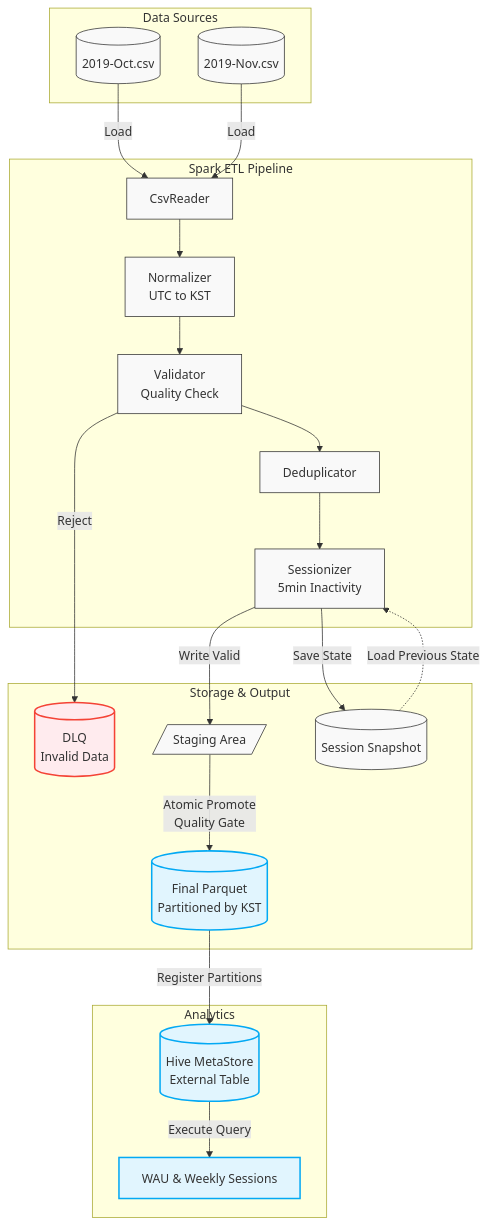
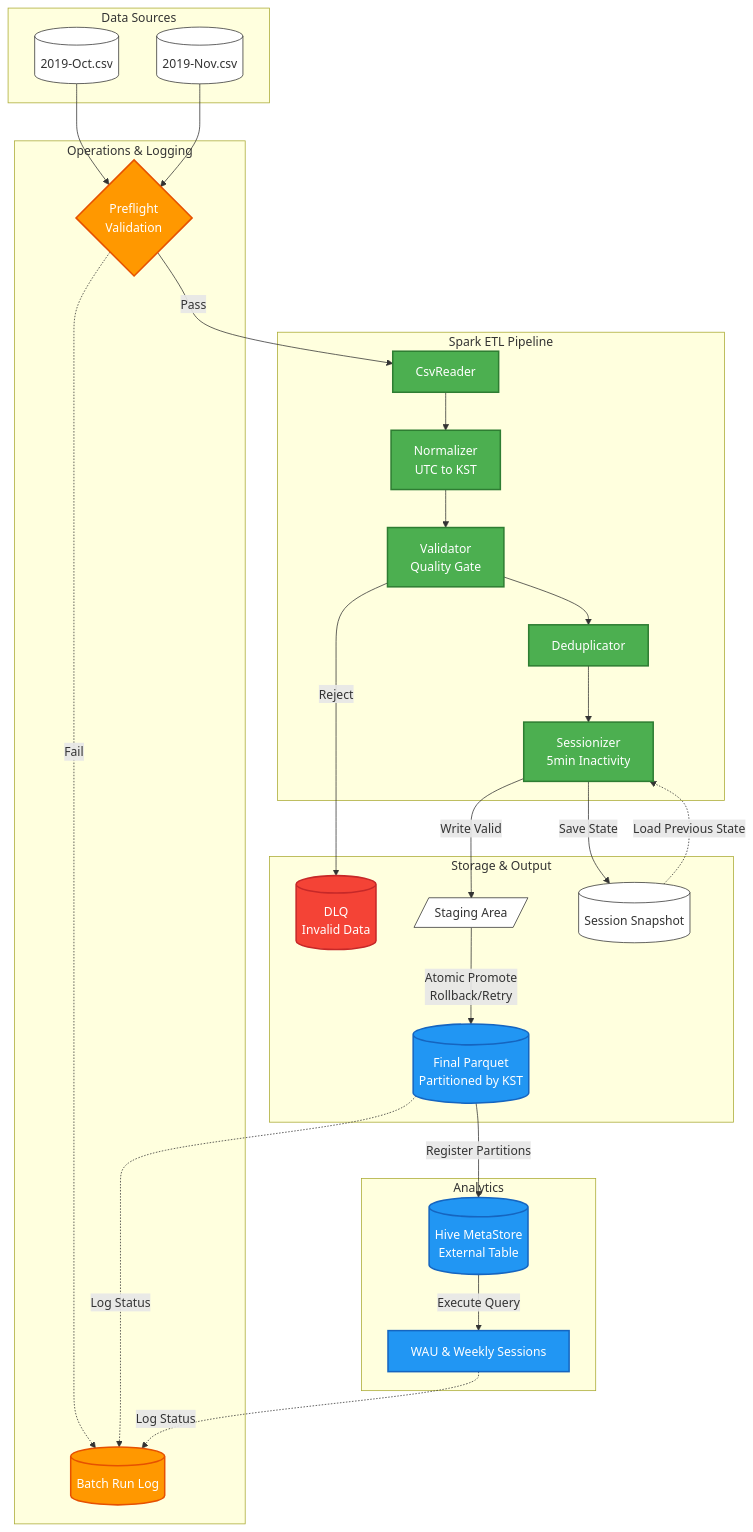
Before and after one commit to XXUCHAN/backpackr: the diagram in README.md, drawn with Mermaid.

Commit message:
docs: 다이어그램 수정

````diff
--- a/README.md
+++ b/README.md
@@ -7,52 +7,68 @@
 ```mermaid
 flowchart TD
     %% Input Layer
     subgraph Data Sources
         R1[(2019-Oct.csv)]
         R2[(2019-Nov.csv)]
     end
 
+    %% Operations
+    subgraph Ops [Operations & Logging]
+        Preflight{Preflight<br>Validation}
+        Logger[(Batch Run Log)]
+    end
+
     %% Processing Layer
     subgraph Spark ETL Pipeline
         Read[CsvReader]
         Norm[Normalizer<br>UTC to KST]
-        Val[Validator<br>Quality Check]
+        Val[Validator<br>Quality Gate]
         Dedup[Deduplicator]
         Sess[Sessionizer<br>5min Inactivity]
 
         Read --> Norm --> Val --> Dedup --> Sess
     end
 
     %% Storage Layer
     subgraph Storage & Output
         DLQ[(DLQ<br>Invalid Data)]
         Stage[/Staging Area/]
         Final[(Final Parquet<br>Partitioned by KST)]
         Snap[(Session Snapshot)]
     end
 
     %% Hive & Analytics
     subgraph Analytics
         Hive[(Hive MetaStore<br>External Table)]
         WAU[WAU & Weekly Sessions]
     end
 
     %% Flow Connections
-    R1 & R2 -->|Load| Read
+    R1 & R2 --> Preflight
+    Preflight -->|Pass| Read
+    Preflight -.->|Fail| Logger
+    
     Val -->|Reject| DLQ
     Sess -->|Save State| Snap
     Snap -.->|Load Previous State| Sess
     Sess -->|Write Valid| Stage
-    Stage -->|Atomic Promote<br>Quality Gate| Final
+    Stage -->|Atomic Promote<br>Rollback/Retry| Final
 
     Final -->|Register Partitions| Hive
     Hive -->|Execute Query| WAU
+    
+    Final -.->|Log Status| Logger
+    WAU -.->|Log Status| Logger
 
     %% Style
-    classDef default fill:#f9f9f9,stroke:#333,stroke-width:1px;
-    classDef primary fill:#e1f5fe,stroke:#03a9f4,stroke-width:2px;
-    classDef error fill:#ffebee,stroke:#f44336,stroke-width:2px;
+    classDef default fill:#ffffff,stroke:#333,stroke-width:1px,color:#333;
+    classDef primary fill:#2196f3,stroke:#1565c0,stroke-width:2px,color:#fff;
+    classDef error fill:#f44336,stroke:#c62828,stroke-width:2px,color:#fff;
+    classDef ops fill:#ff9800,stroke:#e65100,stroke-width:2px,color:#fff;
+    classDef spark fill:#4caf50,stroke:#2e7d32,stroke-width:2px,color:#fff;
 
+    class Read,Norm,Val,Dedup,Sess spark;
     class Final,Hive,WAU primary;
     class DLQ error;
+    class Preflight,Logger ops;
 ```
````
